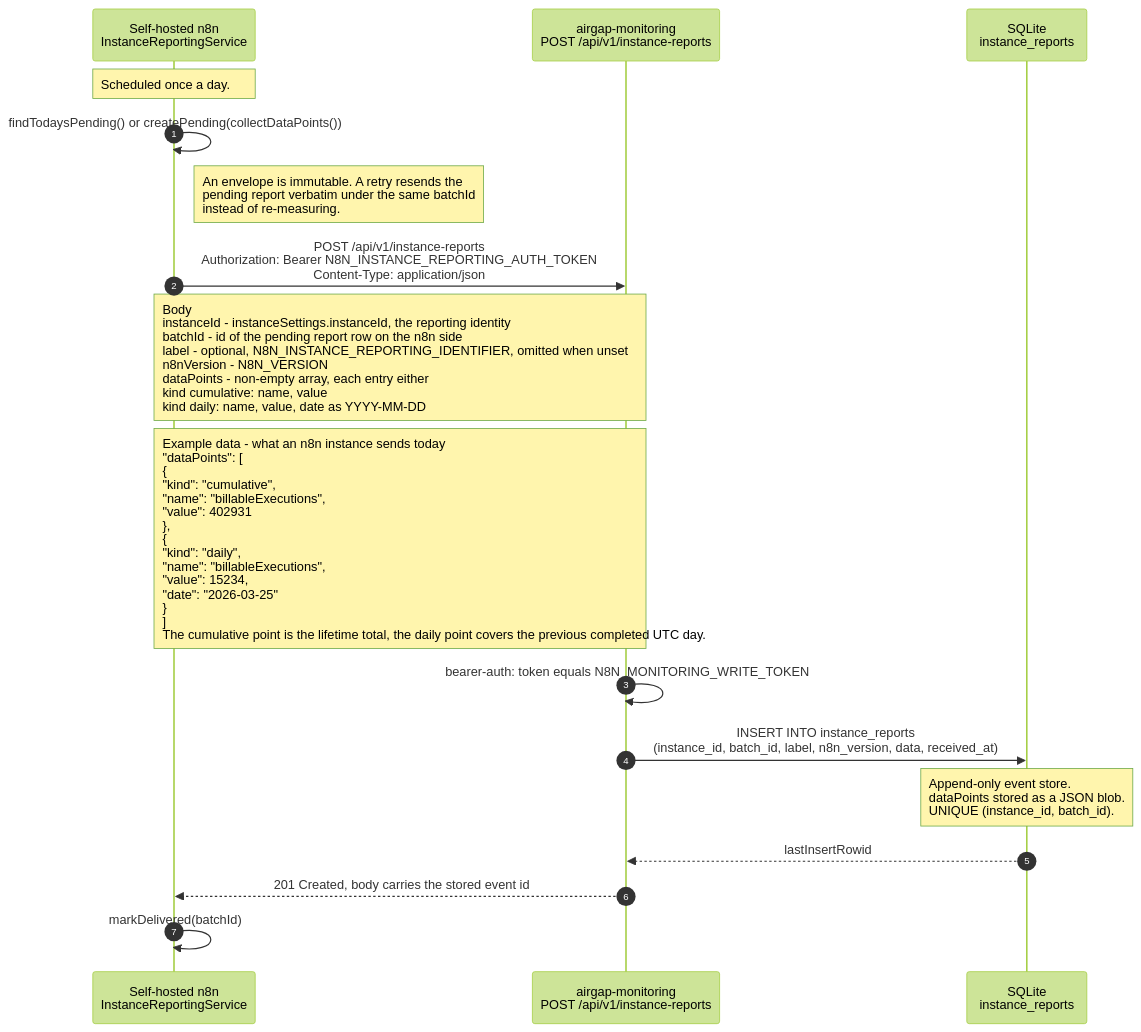
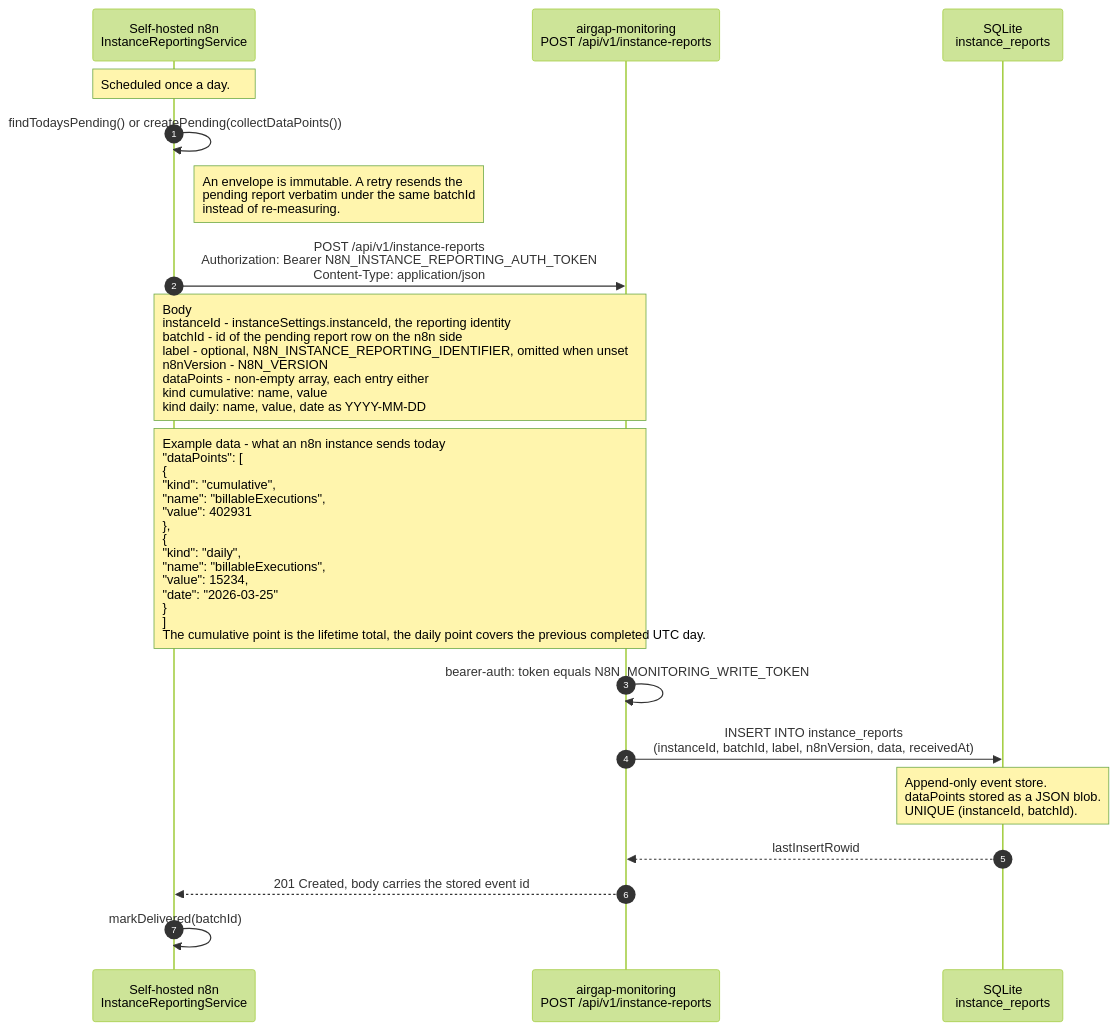
The diagram in DIAGRAMS.md (n8n-io/n8n-airgap-monitoring), drawn with Mermaid (forest theme) before and after one commit. The commit also changed 26 other files, not shown here.

````diff
--- a/DIAGRAMS.md
+++ b/DIAGRAMS.md
@@ -14,30 +14,30 @@
 ```mermaid
 ---
 config:
   sequence:
     noteAlign: left
 ---
 sequenceDiagram
     autonumber
     participant N8N as Self-hosted n8n<br/>InstanceReportingService
     participant API as airgap-monitoring<br/>POST /api/v1/instance-reports
     participant DB as SQLite<br/>instance_reports
 
     Note over N8N: Scheduled once a day.
     N8N->>N8N: findTodaysPending() or createPending(collectDataPoints())
     Note right of N8N: An envelope is immutable. A retry resends the<br/>pending report verbatim under the same batchId<br/>instead of re-measuring.
 
     N8N->>API: POST /api/v1/instance-reports<br/>Authorization: Bearer N8N_INSTANCE_REPORTING_AUTH_TOKEN<br/>Content-Type: application/json
 
     Note over N8N,API: Body<br/>instanceId - instanceSettings.instanceId, the reporting identity<br/>batchId - id of the pending report row on the n8n side<br/>label - optional, N8N_INSTANCE_REPORTING_IDENTIFIER, omitted when unset<br/>n8nVersion - N8N_VERSION<br/>dataPoints - non-empty array, each entry either<br/>kind cumulative: name, value<br/>kind daily: name, value, date as YYYY-MM-DD
 
     Note over N8N,API: Example data - what an n8n instance sends today<br/>"dataPoints": [<br/>{<br/>"kind": "cumulative",<br/>"name": "billableExecutions",<br/>"value": 402931<br/>},<br/>{<br/>"kind": "daily",<br/>"name": "billableExecutions",<br/>"value": 15234,<br/>"date": "2026-03-25"<br/>}<br/>]<br/>The cumulative point is the lifetime total, the daily point covers the previous completed UTC day.
 
     API->>API: bearer-auth: token equals N8N_MONITORING_WRITE_TOKEN
-    API->>DB: INSERT INTO instance_reports<br/>(instance_id, batch_id, label, n8n_version, data, received_at)
-    Note over DB: Append-only event store.<br/>dataPoints stored as a JSON blob.<br/>UNIQUE (instance_id, batch_id).
+    API->>DB: INSERT INTO instance_reports<br/>(instanceId, batchId, label, n8nVersion, data, receivedAt)
+    Note over DB: Append-only event store.<br/>dataPoints stored as a JSON blob.<br/>UNIQUE (instanceId, batchId).
     DB-->>API: lastInsertRowid
     API-->>N8N: 201 Created, body carries the stored event id
 
     N8N->>N8N: markDelivered(batchId)
 ```
````
